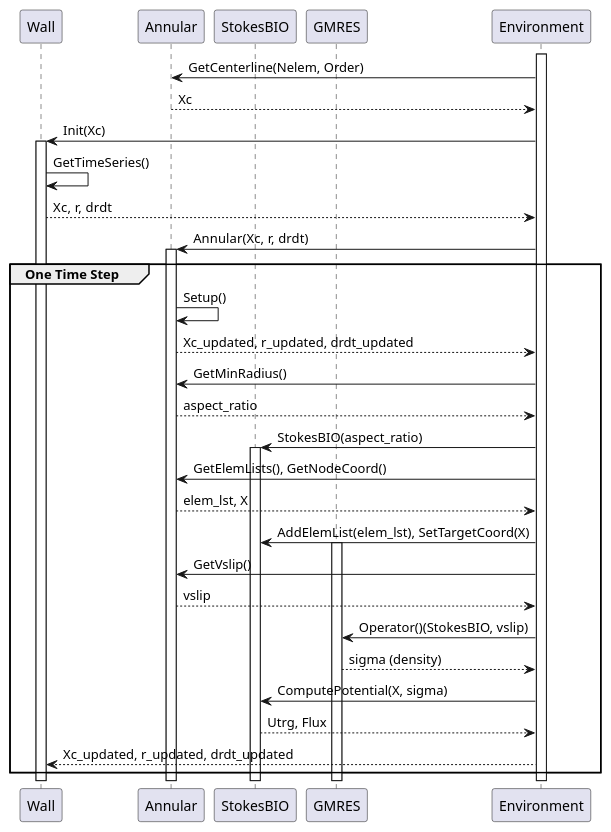
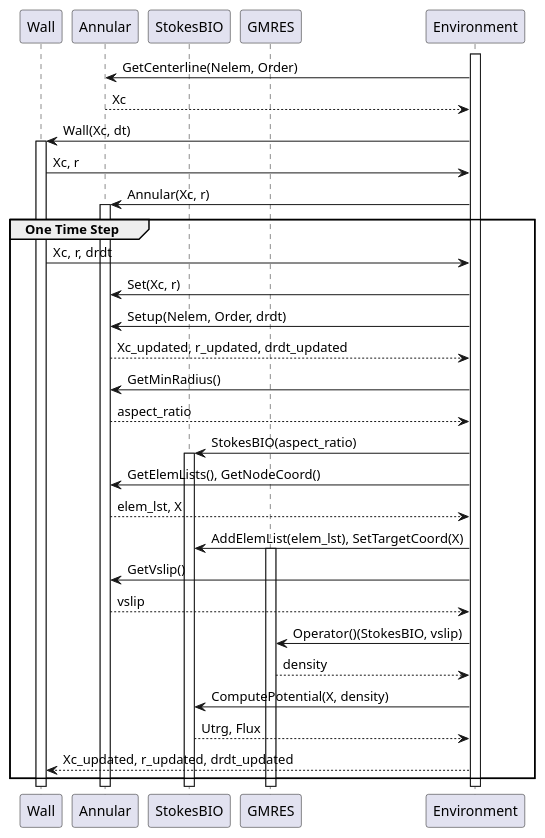
Before and after one commit to TianyueLi75/glymphbie: the diagram in sequence_uml.puml, drawn with PlantUML. The commit also changed 1 other file, not shown here.

Commit message:
minor changes on UML diagrams

```diff
--- a/sequence_uml.puml
+++ b/sequence_uml.puml
@@ -1,63 +1,62 @@
 @startuml sequence_diagram
 
 participant Wall
 participant Annular
 participant StokesBIO
 participant GMRES
 ' participant Particle
 
 participant Environment
 activate Environment
 
 Environment -> Annular : GetCenterline(Nelem, Order)
 Annular --> Environment : Xc
 
-Environment -> Wall : Init(Xc)
+Environment -> Wall : Wall(Xc, dt)
 activate Wall
+Wall -> Environment : Xc, r
 
-Wall -> Wall : GetTimeSeries()
-
-Wall --> Environment : Xc, r, drdt
-
-Environment -> Annular : Annular(Xc, r, drdt)
+Environment -> Annular : Annular(Xc, r)
 activate Annular
 
 group One Time Step 
+    Wall -> Environment : Xc, r, drdt
 
-    Annular -> Annular : Setup()
+    Environment -> Annular : Set(Xc, r)
+    Environment -> Annular : Setup(Nelem, Order, drdt)
 
     Annular --> Environment : Xc_updated, r_updated, drdt_updated
 
     Environment -> Annular : GetMinRadius()
     Annular --> Environment : aspect_ratio
     Environment -> StokesBIO : StokesBIO(aspect_ratio)
     activate StokesBIO
 
     Environment -> Annular : GetElemLists(), GetNodeCoord()
     Annular --> Environment : elem_lst, X
     Environment -> StokesBIO : AddElemList(elem_lst), SetTargetCoord(X)
 
     activate GMRES
 
     Environment -> Annular : GetVslip()
     Annular --> Environment : vslip
     Environment -> GMRES : Operator()(StokesBIO, vslip)
-    GMRES --> Environment : sigma (density)
+    GMRES --> Environment : density
 
     ' activate Particle
     ' Environment -> Particle : GetPositions()
     ' Particle --> Environment : Xp
     ' Environment -> StokesBIO : ComputePotential(Xp, sigma)
     ' StokesBIO --> Environment : u (velocity at Xp)
     ' Environment -> Particle : EvolveTime()
     ' Particle -> Particle : TimeStep()
     ' Particle -> Particle : ResolveCollision()
 
-    Environment -> StokesBIO : ComputePotential(X, sigma)
+    Environment -> StokesBIO : ComputePotential(X, density)
     StokesBIO --> Environment : Utrg, Flux
 
     Environment --> Wall : Xc_updated, r_updated, drdt_updated
 
 end
 
 @enduml
```
